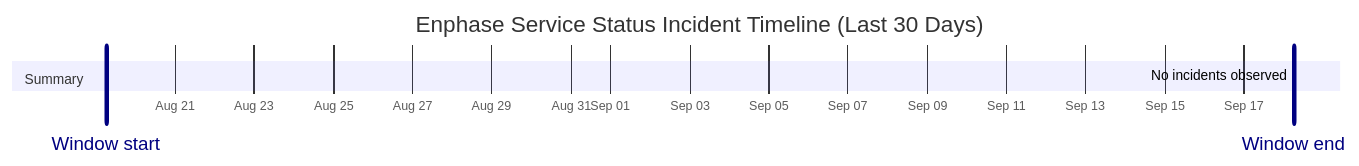
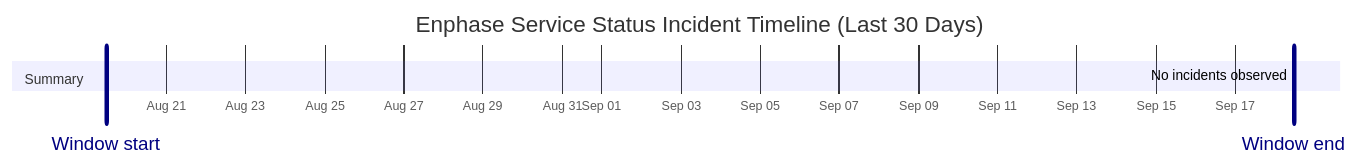
The diagram in wiki/Service-Status-History.md (barneyonline/ha-enphase-energy), drawn with Mermaid before and after one commit. The commit also changed other lines of this file and 3 other files, not shown here.

````diff
--- a/wiki/Service-Status-History.md
+++ b/wiki/Service-Status-History.md
@@ -14,10 +14,10 @@
 ```mermaid
 gantt
     title Enphase Service Status Incident Timeline (Last 30 Days)
     dateFormat  YYYY-MM-DDTHH:mm:ss
     axisFormat  %b %d
-    Window start :vert, window-start, 2026-08-19T06:18:56, 0ms
-    Window end :vert, window-end, 2026-09-18T06:18:56, 0ms
+    Window start :vert, window-start, 2026-08-19T11:36:44, 0ms
+    Window end :vert, window-end, 2026-09-18T11:36:44, 0ms
     section Summary
-    No incidents observed :done, 2026-09-18T06:18:56, 1m
+    No incidents observed :done, 2026-09-18T11:36:44, 1m
 ```
````
